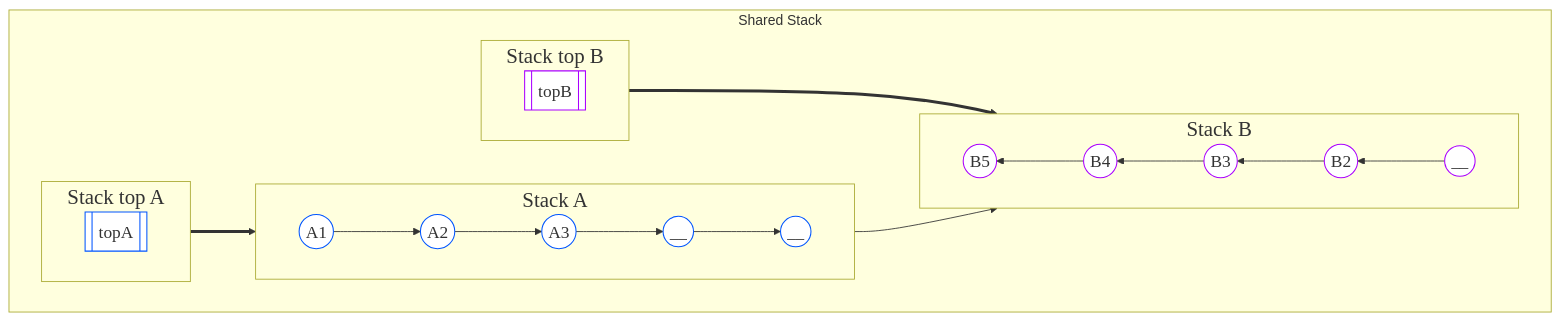
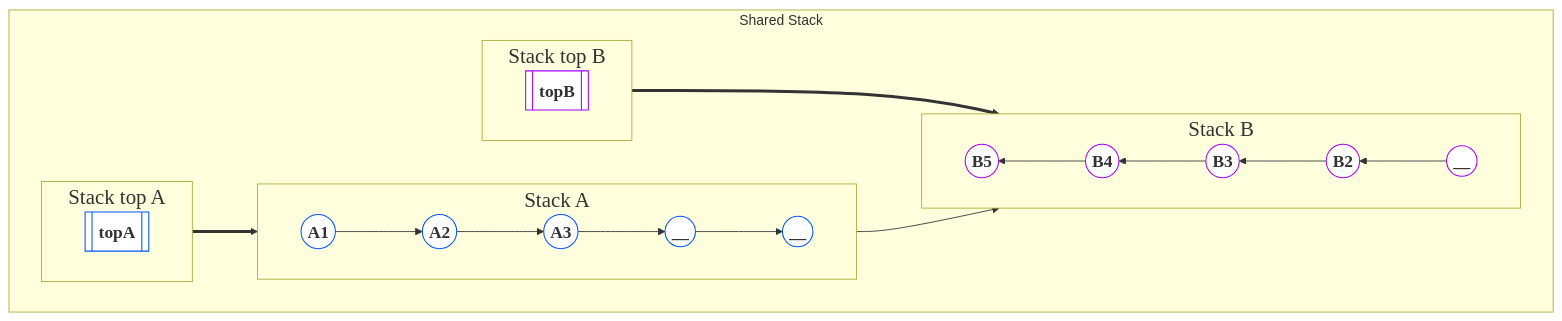
One commit to Laplace825/algorithm-road changed the diagram in Data-Structure/Shared-Stack/README.md. Above: the diagram before and after it, drawn with Mermaid.

````diff
--- a/Data-Structure/Shared-Stack/README.md
+++ b/Data-Structure/Shared-Stack/README.md
@@ -8,42 +8,42 @@
 ```mermaid
 flowchart
-    classDef dotA fill:#fff ,stroke:#05f ,stroke-width:1.2px , font-family:Times New Roman ,font-size:20px;
-    classDef dotB fill:#fff ,stroke:#a0f ,stroke-width:1.2px , font-family:Times New Roman ,font-size:20px;
+    classDef dotA fill:#fff,stroke:#05f ,stroke-width:1.2px,font-family:'Times New Roman' ,font-size:20px , font-weight: bold;
+    classDef dotB fill:#fff ,stroke:#a0f ,stroke-width:1.2px , font-family:'Times New Roman' ,font-size:20px , font-weight: bold;
     classDef Title font-family:Times New Roman ,font-size:24px;
     subgraph Shared-Stack["Shared Stack"]
         direction LR
         topA:::dotA
         topB:::dotB
         A1:::dotA
         A2:::dotA
         A3:::dotA
         A4:::dotA
         A5:::dotA
         B1:::dotB
         B2:::dotB
         B3:::dotB
         B4:::dotB
         B5:::dotB
         Stack-A:::Title
         Stack-B:::Title
         Stack-top-A:::Title
         Stack-top-B:::Title
         A5-->B1
         subgraph Stack-A["Stack A"]
             direction LR
             A1((A1))-->A2((A2))-->A3((A3))-->A4((__))-->A5((__))
         end
         subgraph Stack-B["Stack B"]
             direction RL
             B1((__))-->B2((B2))-->B3((B3))-->B4((B4))-->B5((B5))
         end
         subgraph Stack-top-A["Stack top A"]
             direction LR
             topA[[topA]]==>A3
         end
         subgraph Stack-top-B["Stack top B"]
             direction RL
             topB[[topB]]==>B2
         end
     end
 ```
````
